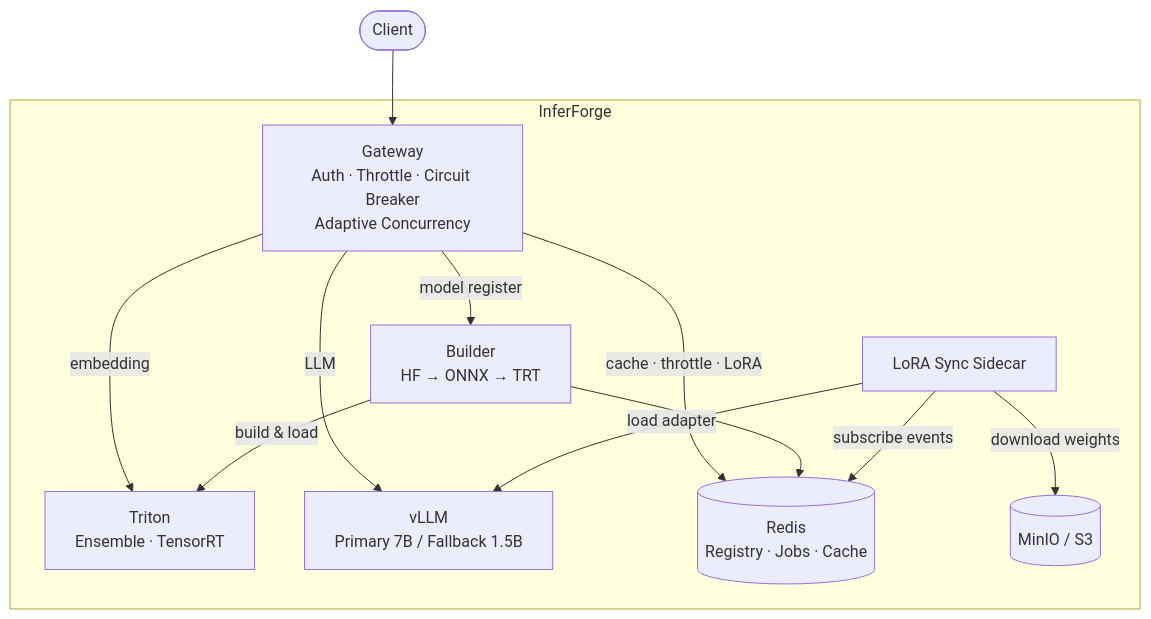
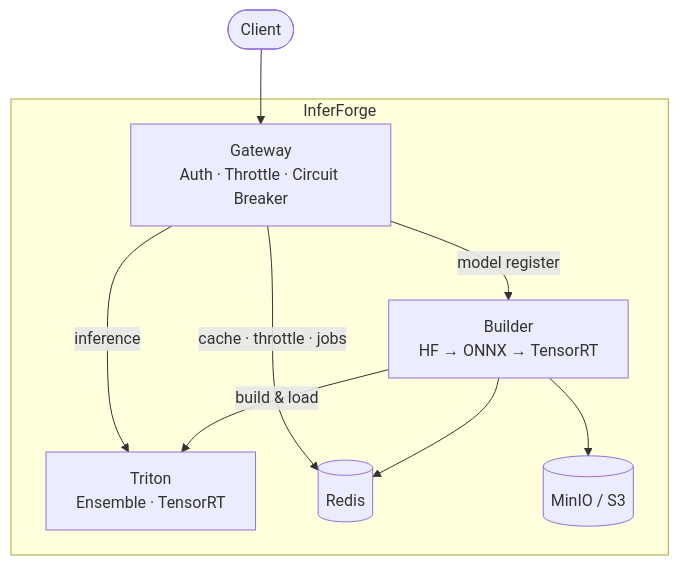
Before and after one commit to thjung123/inferforge: the diagram in README.md, drawn with Mermaid. The commit also changed other lines of this file and 32 other files, not shown here.

Commit message:
refactor: focus inferforge on embedding inference

````diff
--- a/README.md
+++ b/README.md
@@ -13,20 +10,14 @@
 ```mermaid
 graph TB
     Client([Client]) --> Gateway
 
     subgraph InferForge
-        Gateway[Gateway<br/>Auth · Throttle · Circuit Breaker<br/>Adaptive Concurrency]
-
-        Gateway -->|embedding| Triton[Triton<br/>Ensemble · TensorRT]
-        Gateway -->|LLM| vLLM[vLLM<br/>Primary 7B / Fallback 1.5B]
+        Gateway[Gateway<br/>Auth · Throttle · Circuit Breaker]
+        Gateway -->|inference| Triton[Triton<br/>Ensemble · TensorRT]
         Gateway -->|model register| Builder
-        Gateway -->|cache · throttle · LoRA| Redis
-
-        Builder[Builder<br/>HF → ONNX → TRT] -->|build & load| Triton
-        Builder --> Redis[(Redis<br/>Registry · Jobs · Cache)]
-
-        LoRASync[LoRA Sync Sidecar] -->|subscribe events| Redis
-        LoRASync -->|download weights| MinIO[(MinIO / S3)]
-        LoRASync -->|load adapter| vLLM
+        Gateway -->|cache · throttle · jobs| Redis[(Redis)]
+        Builder[Builder<br/>HF → ONNX → TensorRT] -->|build & load| Triton
+        Builder --> Redis
+        Builder --> MinIO[(MinIO / S3)]
     end
 ```
````
